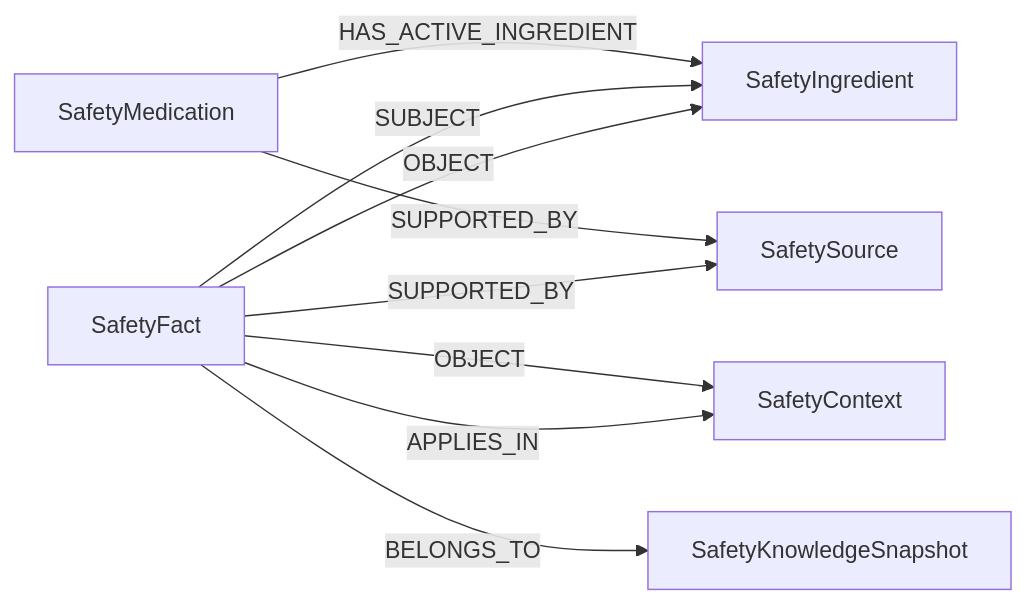
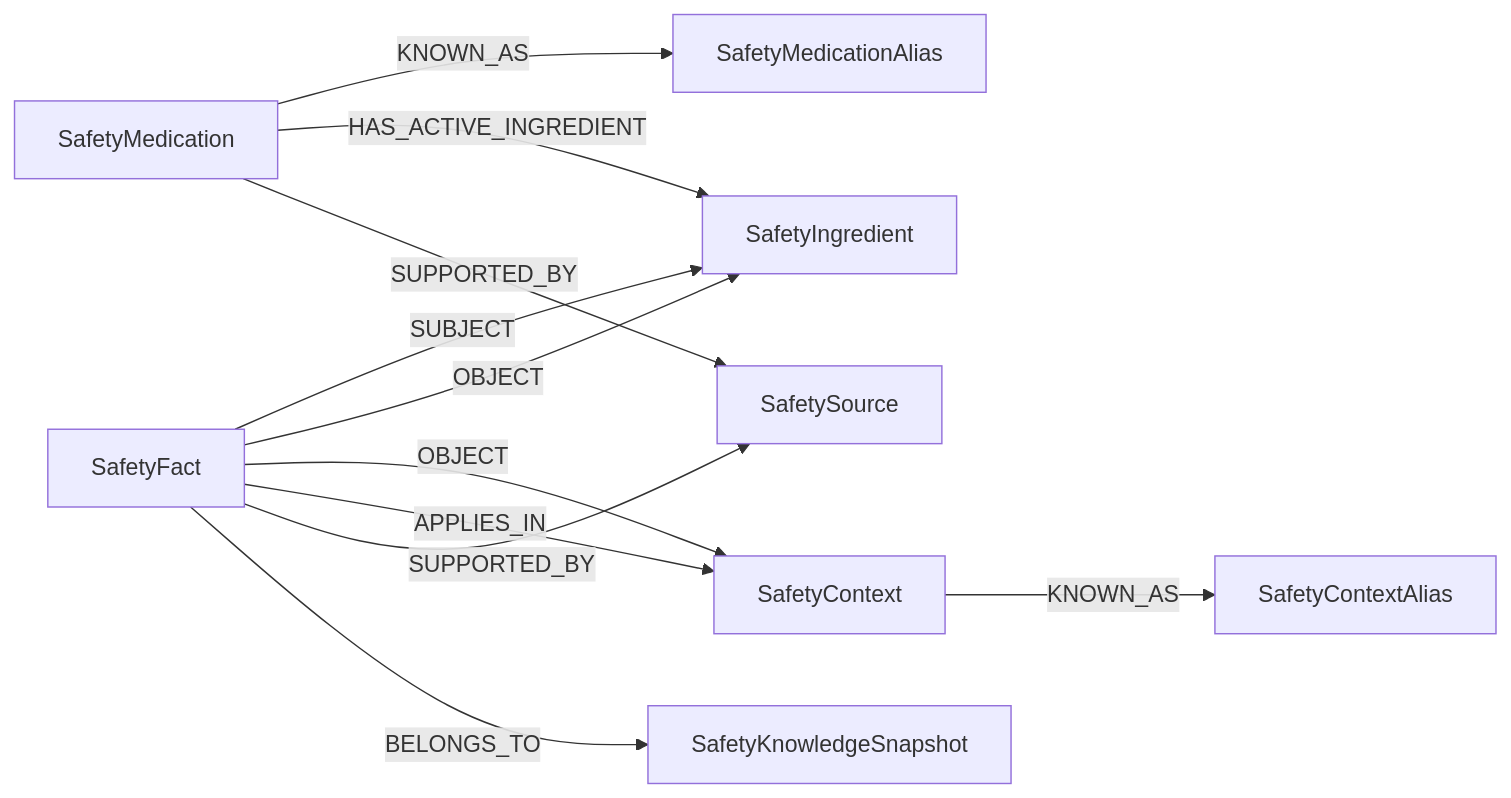
One commit to GFLabandon/MedSafetyAssistant changed the diagram in docs/KNOWLEDGE_GRAPH_P2.md. Above: the diagram before and after it, drawn with Mermaid. The commit also changed other lines of this file and 5 other files, not shown here.

````diff
--- a/docs/KNOWLEDGE_GRAPH_P2.md
+++ b/docs/KNOWLEDGE_GRAPH_P2.md
@@ -17,11 +17,13 @@
 ```mermaid
 flowchart LR
+    M["SafetyMedication"] -->|"KNOWN_AS"| MA["SafetyMedicationAlias"]
+    C["SafetyContext"] -->|"KNOWN_AS"| CA["SafetyContextAlias"]
     M["SafetyMedication"] -->|"HAS_ACTIVE_INGREDIENT"| I["SafetyIngredient"]
     M -->|"SUPPORTED_BY"| S["SafetySource"]
     F["SafetyFact"] -->|"SUBJECT"| I
     F -->|"OBJECT"| I
     F -->|"OBJECT"| C["SafetyContext"]
     F -->|"APPLIES_IN"| C
     F -->|"SUPPORTED_BY"| S
     F -->|"BELONGS_TO"| K["SafetyKnowledgeSnapshot"]
 ```
````
